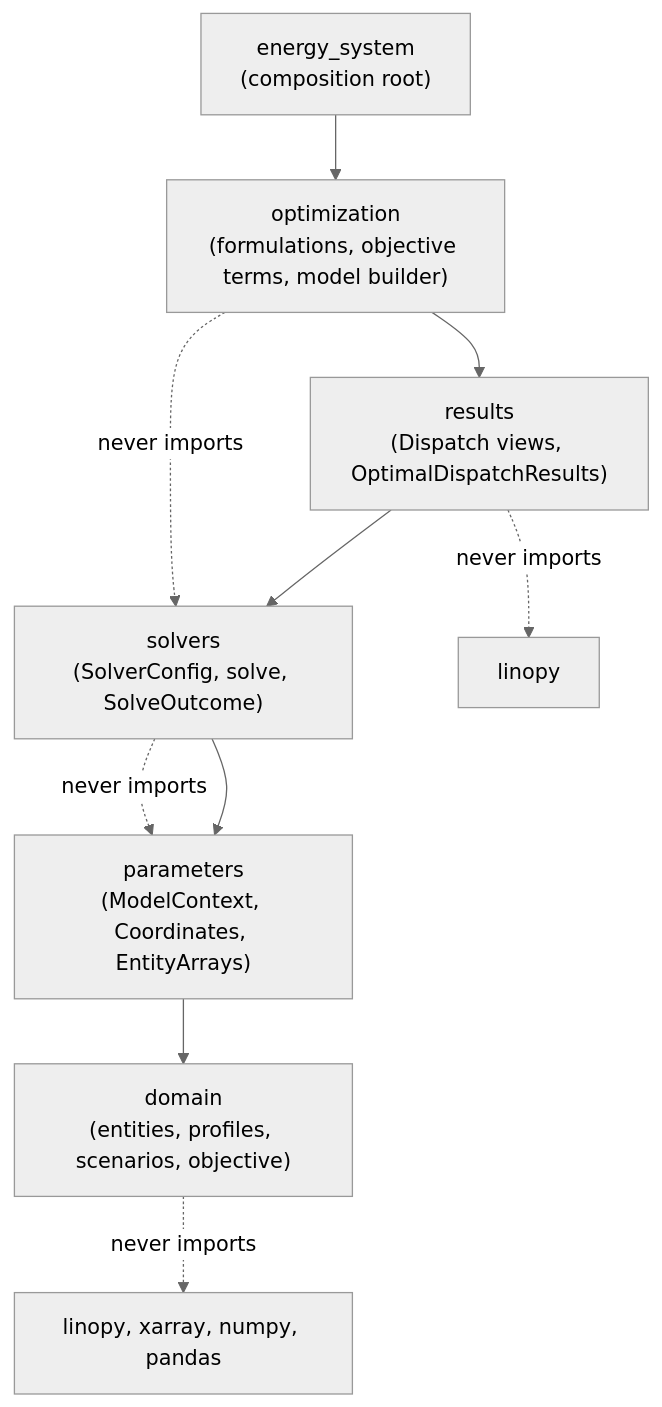
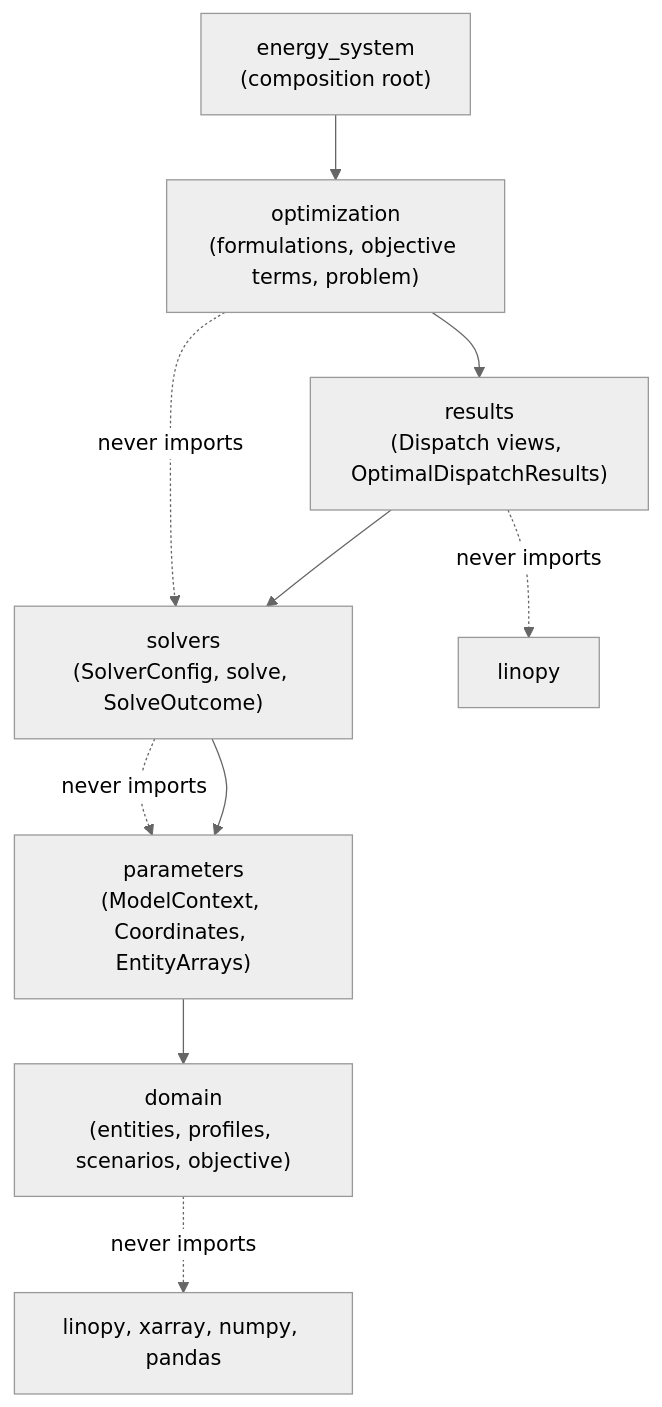
One commit to ramirocrc/odys changed the diagram in docs/developer/index.md. Above: the diagram before and after it, drawn with Mermaid (neutral theme). The commit also changed 45 other files, not shown here.

````diff
--- a/docs/developer/index.md
+++ b/docs/developer/index.md
@@ -30,12 +30,12 @@
 ```mermaid
 flowchart TD
-    ES["energy_system<br/>(composition root)"] --> OPT["optimization<br/>(formulations, objective terms, model builder)"]
+    ES["energy_system<br/>(composition root)"] --> OPT["optimization<br/>(formulations, objective terms, problem)"]
     OPT --> RES["results<br/>(Dispatch views, OptimalDispatchResults)"]
     RES --> SOL["solvers<br/>(SolverConfig, solve, SolveOutcome)"]
     SOL --> PAR["parameters<br/>(ModelContext, Coordinates, EntityArrays)"]
     PAR --> DOM["domain<br/>(entities, profiles, scenarios, objective)"]
     OPT -. "never imports" .-> SOL
     RES -. "never imports" .-> LP["linopy"]
     SOL -. "never imports" .-> PAR
     DOM -. "never imports" .-> NUM["linopy, xarray, numpy, pandas"]
 ```
````
